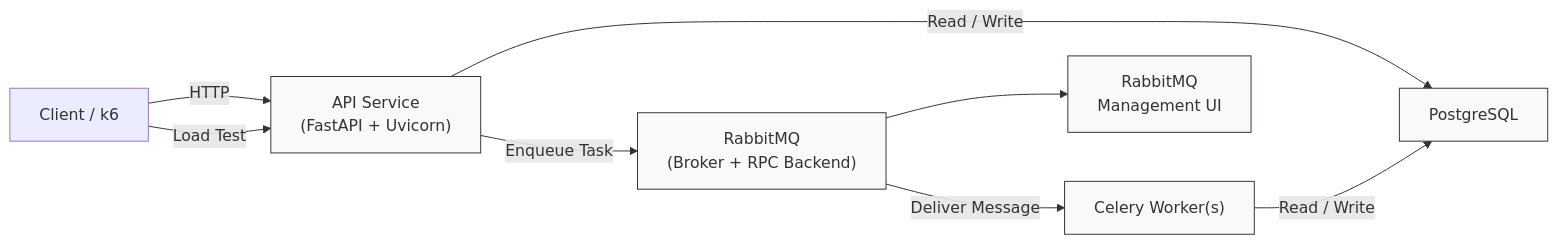
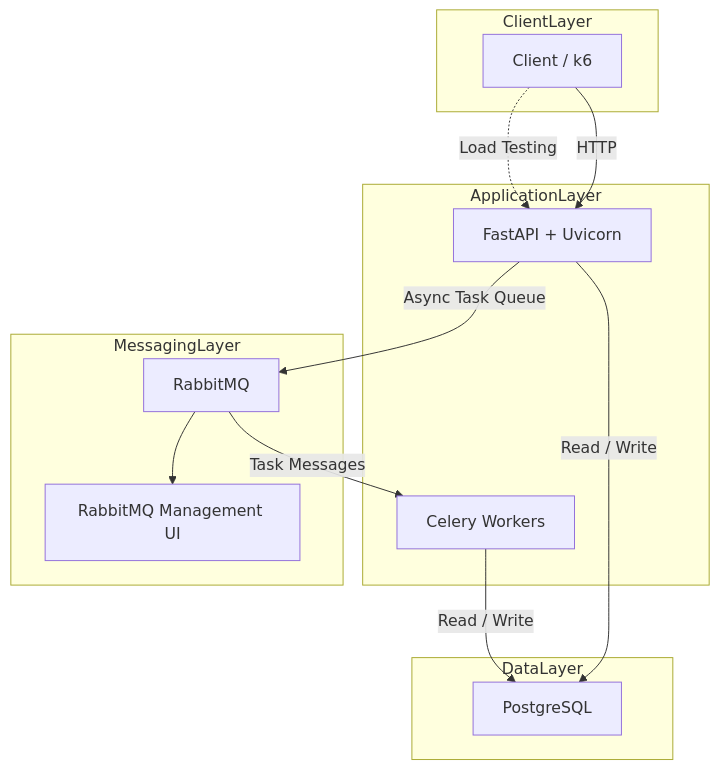
The diagram in README.md (YogeshT22/cloud-task-manager-api), drawn with Mermaid before and after one commit. The commit also changed 1 other file, not shown here.

Commit message:
updated docs-improved details, added mermaid based-arch diagram

````diff
--- a/README.md
+++ b/README.md
@@ -160,20 +160,35 @@
 ```mermaid
-flowchart LR
-    Client["Client / k6"]
-    API["API Service<br/>(FastAPI + Uvicorn)"]
-    DB["PostgreSQL"]
-    Broker["RabbitMQ<br/>(Broker + RPC Backend)"]
-    Worker["Celery Worker(s)"]
-    MQUI["RabbitMQ<br/>Management UI"]
+flowchart TD
+
+    subgraph ClientLayer
+        Client["Client / k6"]
+    end
+
+    subgraph ApplicationLayer
+        API["FastAPI + Uvicorn"]
+        Worker["Celery Workers"]
+    end
+
+    subgraph MessagingLayer
+        Broker["RabbitMQ"]
+        MUI["RabbitMQ Management UI"]
+    end
+
+    subgraph DataLayer
+        DB["PostgreSQL"]
+    end
 
     Client -->|HTTP| API
+
     API -->|Read / Write| DB
-    API -->|Enqueue Task| Broker
-    Broker -->|Deliver Message| Worker
+
+    API -->|Async Task Queue| Broker
+
+    Broker -->|Task Messages| Worker
+
     Worker -->|Read / Write| DB
-    Client -->|Load Test| API
-    Broker --> MQUI
 
-    classDef infra fill:#f8f9fa,stroke:#333,stroke-width:1px
-    class API,DB,Broker,Worker,MQUI infra
+    Client -.->|Load Testing| API
+
+    Broker --> MUI
 ```
````
